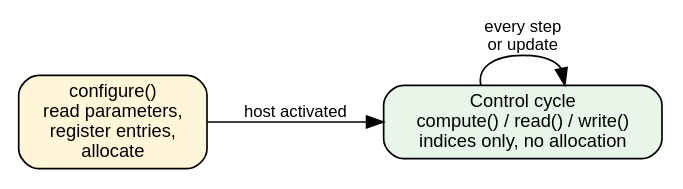
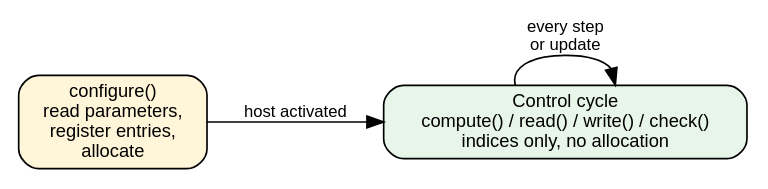
The second of 2 diagrams in docs/extending.rst (saikishor/ros2_policy_framework), drawn with Graphviz before and after one commit. The commit also changed other lines of this file and 6 other files, not shown here.

```diff
--- a/docs/extending.rst
+++ b/docs/extending.rst
@@ -73,11 +76,11 @@
 .. graphviz::
 
    digraph plugin_life {
      rankdir=LR;
      node [shape=box, style="rounded,filled", fillcolor="#eef3fb", fontname="Helvetica", fontsize=11];
      edge [fontname="Helvetica", fontsize=10];
      configure [label="configure()\nread parameters,\nregister entries,\nallocate", fillcolor="#fff6d9"];
-     cycle [label="Control cycle\ncompute() / read() / write()\nindices only, no allocation", fillcolor="#e8f5e9"];
+     cycle [label="Control cycle\ncompute() / read() / write() / check()\nindices only, no allocation", fillcolor="#e8f5e9"];
      configure -> cycle [label="host activated"];
      cycle -> cycle [label="every step\nor update"];
    }
```
